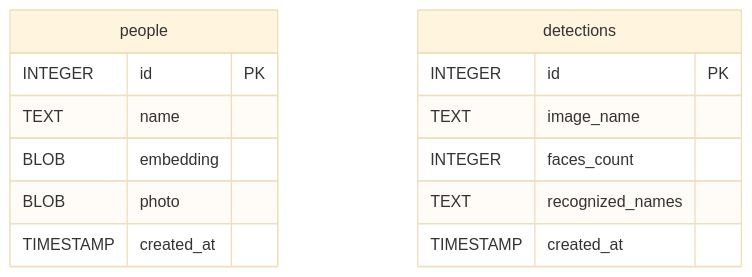
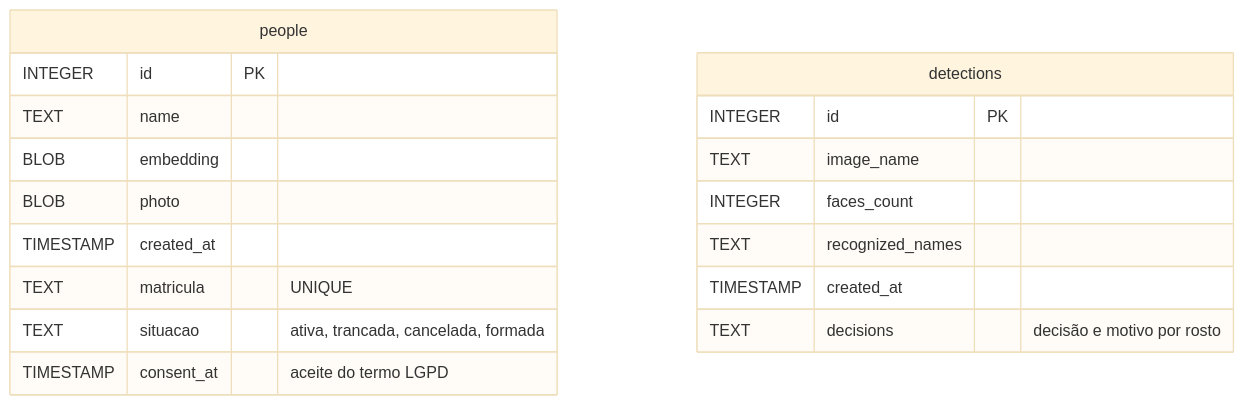
Before and after one commit to Matheus-OV/Catraca-de-Reconhecimento-Facial-UBM: the first of 2 diagrams in docs/BANCO_DE_DADOS.md, drawn with Mermaid (base theme). The commit also changed other lines of this file, not shown here.

````diff
--- a/docs/BANCO_DE_DADOS.md
+++ b/docs/BANCO_DE_DADOS.md
@@ -18,17 +18,21 @@
 ```mermaid
 erDiagram
     people {
         INTEGER id PK
         TEXT name
         BLOB embedding
         BLOB photo
         TIMESTAMP created_at
+        TEXT matricula "UNIQUE"
+        TEXT situacao "ativa, trancada, cancelada, formada"
+        TIMESTAMP consent_at "aceite do termo LGPD"
     }
     detections {
         INTEGER id PK
         TEXT image_name
         INTEGER faces_count
         TEXT recognized_names
         TIMESTAMP created_at
+        TEXT decisions "decisão e motivo por rosto"
     }
 ```
````
